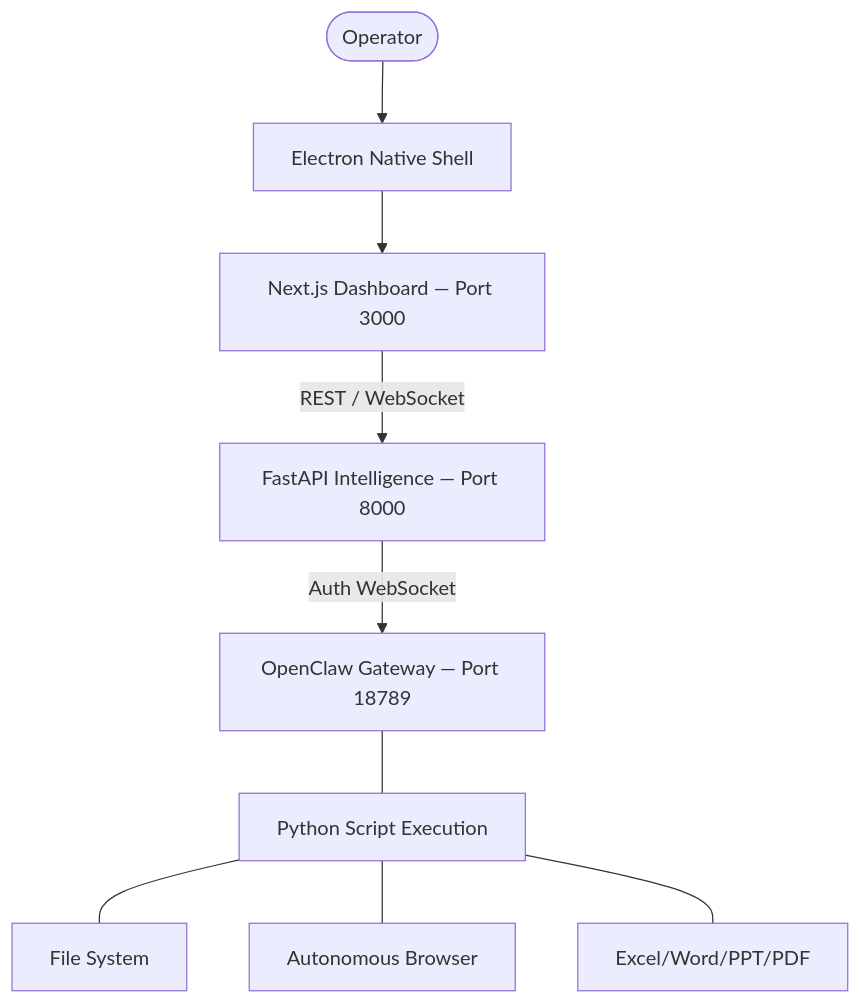
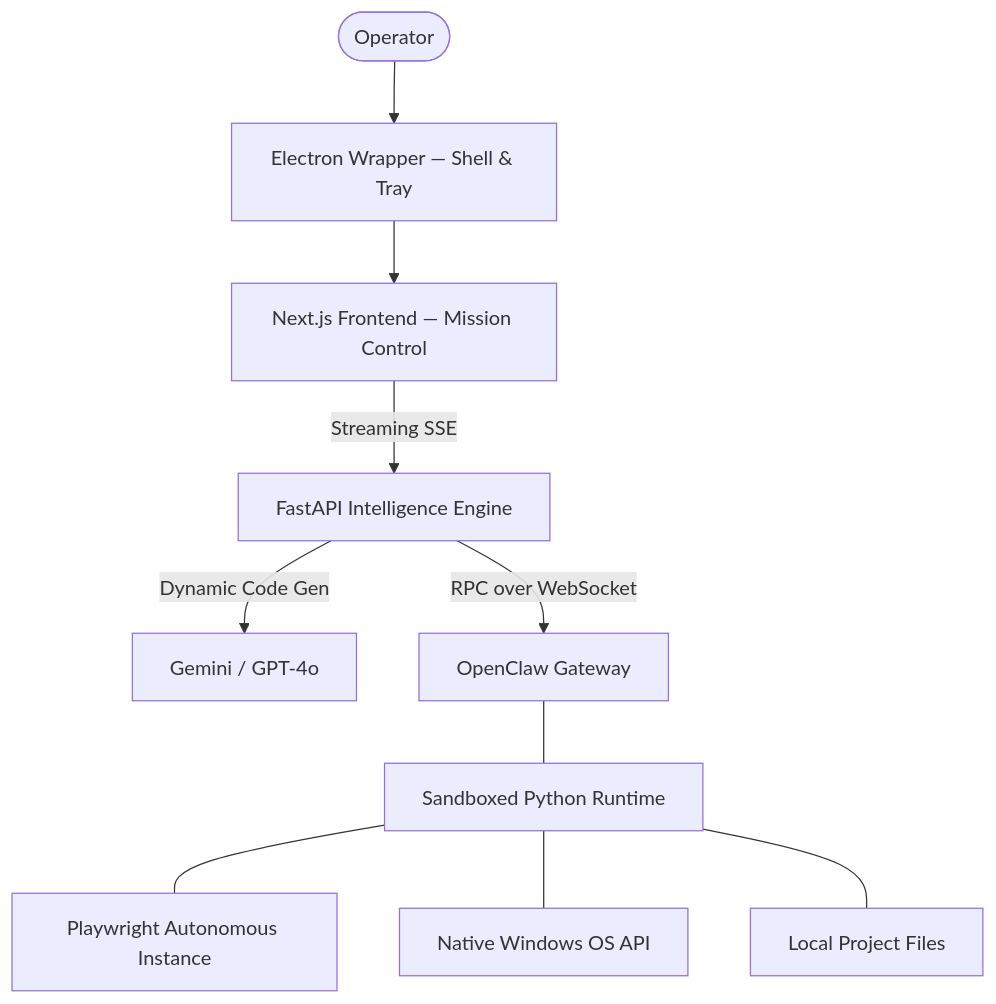
One commit to Rajkumars777/agent02 changed the diagram in README.md. Above: the diagram before and after it, drawn with Mermaid. The commit also changed other lines of this file, not shown here.

````diff
--- a/README.md
+++ b/README.md
@@ -43,12 +68,13 @@
 ```mermaid
 graph TD
-    Operator([Operator]) --> Electron[Electron Native Shell]
-    Electron --> Dashboard[Next.js Dashboard — Port 3000]
-    Dashboard -- REST / WebSocket --> Engine[FastAPI Intelligence — Port 8000]
-    Engine -- Auth WebSocket --> Gateway[OpenClaw Gateway — Port 18789]
+    Operator([Operator]) --> Electron[Electron Wrapper — Shell & Tray]
+    Electron --> Dashboard[Next.js Frontend — Mission Control]
+    Dashboard -- Streaming SSE --> Backend[FastAPI Intelligence Engine]
+    Backend -- Dynamic Code Gen --> Brain[Gemini / GPT-4o]
+    Backend -- RPC over WebSocket --> Gateway[OpenClaw Gateway]
     
-    Gateway --- Execution[Python Script Execution]
-    Execution --- FS[File System]
-    Execution --- Browser[Autonomous Browser]
-    Execution --- Office[Excel/Word/PPT/PDF]
+    Gateway --- Execution[Sandboxed Python Runtime]
+    Execution --- Browser[Playwright Autonomous Instance]
+    Execution --- System[Native Windows OS API]
+    Execution --- Workspace[Local Project Files]
 ```
````
